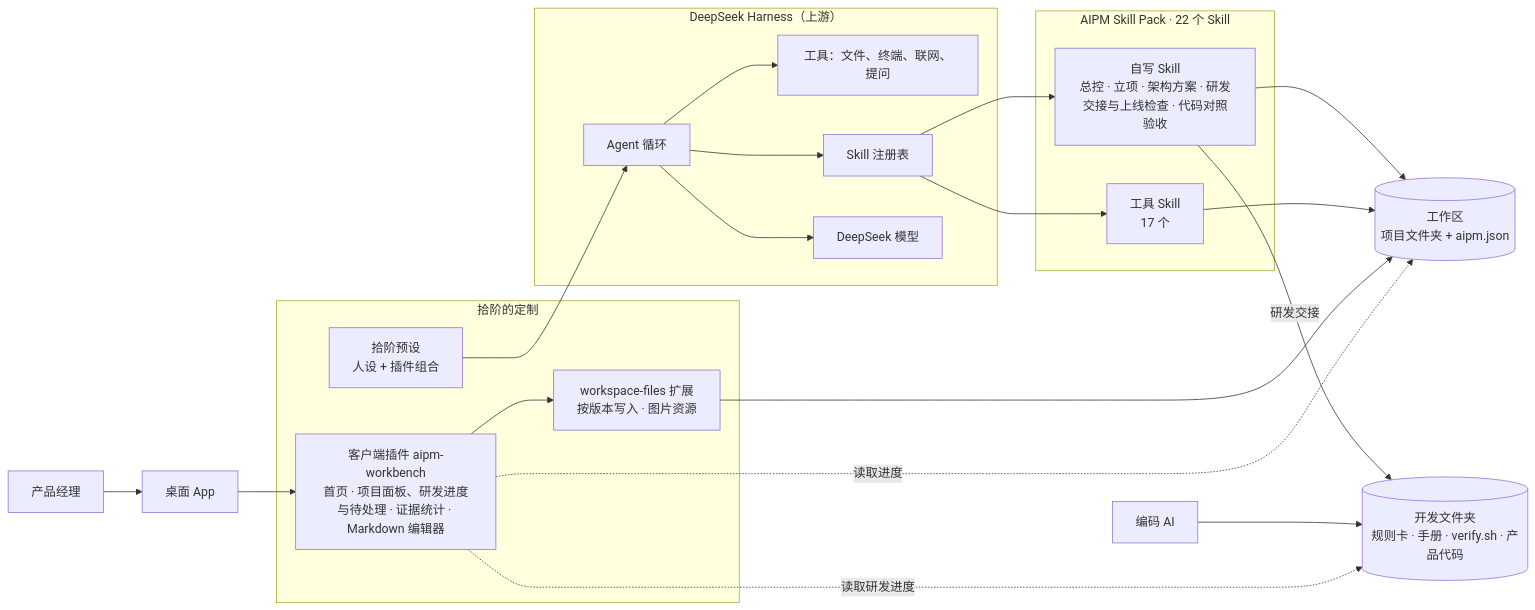
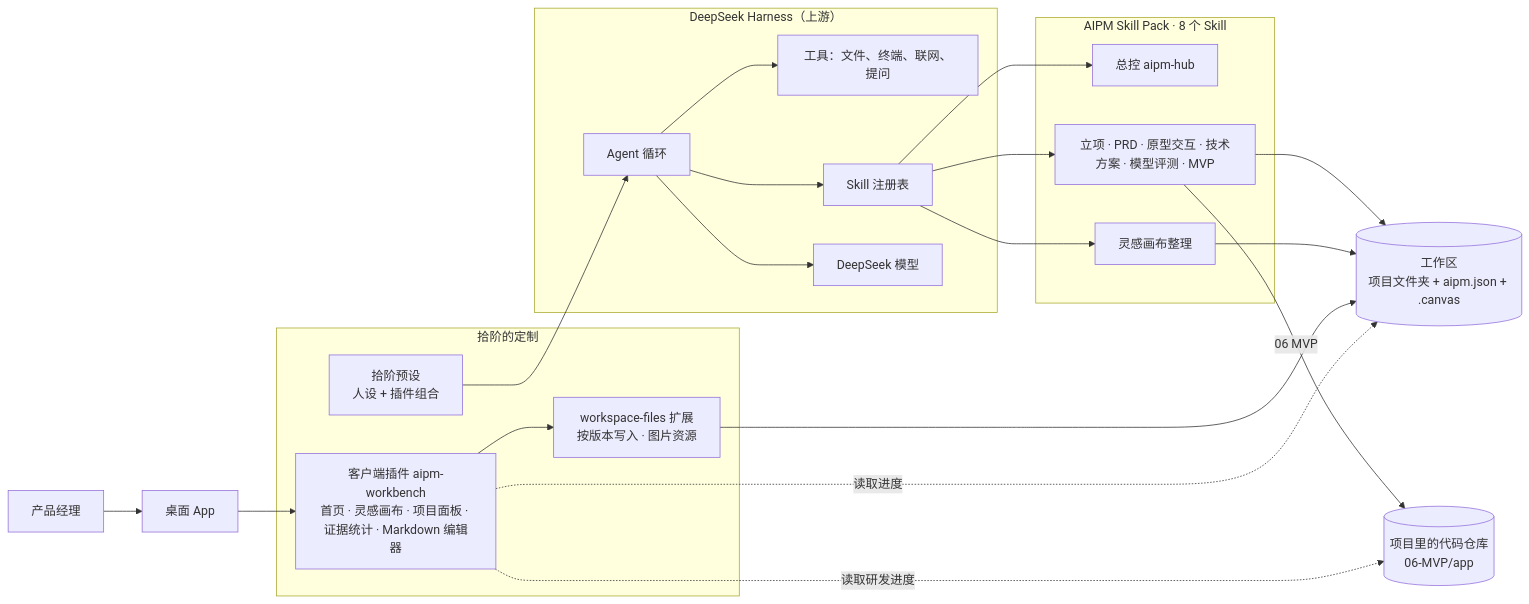
The diagram in README.md (ZeroOnehub/aipm-workbench), drawn with Mermaid before and after one commit. The commit also changed other lines of this file and 22 other files, not shown here.

First line of the commit message:
拾阶：流程改为立项 → PRD → 原型交互 → 技术方案 → 模型评测 → MVP，新增灵感画布

````diff
--- a/README.md
+++ b/README.md
@@ -63,34 +65,35 @@
 ```mermaid
 flowchart LR
   PM[产品经理] --> UI[桌面 App]
 
   subgraph AIPM[拾阶的定制]
-    Client[客户端插件 aipm-workbench<br/>首页 · 项目面板、研发进度与待处理 · 证据统计 · Markdown 编辑器]
+    Client[客户端插件 aipm-workbench<br/>首页 · 灵感画布 · 项目面板 · 证据统计 · Markdown 编辑器]
     Preset[拾阶预设<br/>人设 + 插件组合]
     Files[workspace-files 扩展<br/>按版本写入 · 图片资源]
   end
 
   subgraph DSH[DeepSeek Harness（上游）]
     Loop[Agent 循环] --> Tools[工具：文件、终端、联网、提问]
     Loop --> Registry[Skill 注册表]
     Loop --> LLM[DeepSeek 模型]
   end
 
-  subgraph Skills[AIPM Skill Pack · 22 个 Skill]
-    Flow[自写 Skill<br/>总控 · 立项 · 架构方案 · 研发交接与上线检查 · 代码对照验收]
-    Pack[工具 Skill<br/>17 个]
+  subgraph Skills[AIPM Skill Pack · 8 个 Skill]
+    Hub[总控 aipm-hub]
+    Nodes[立项 · PRD · 原型交互 · 技术方案 · 模型评测 · MVP]
+    Canvas[灵感画布整理]
   end
 
   UI --> Client
   Client --> Files
   Preset --> Loop
-  Registry --> Flow
-  Registry --> Pack
-  Flow --> WS[(工作区<br/>项目文件夹 + aipm.json)]
-  Pack --> WS
+  Registry --> Hub
+  Registry --> Nodes
+  Registry --> Canvas
+  Nodes --> WS[(工作区<br/>项目文件夹 + aipm.json + .canvas)]
+  Canvas --> WS
   Files --> WS
   Client -. 读取进度 .-> WS
-  Flow -- 研发交接 --> Dev[(开发文件夹<br/>规则卡 · 手册 · verify.sh · 产品代码)]
-  Coder[编码 AI] --> Dev
-  Client -. 读取研发进度 .-> Dev
+  Nodes -- 06 MVP --> App[(项目里的代码仓库<br/>06-MVP/app)]
+  Client -. 读取研发进度 .-> App
 ```
````
